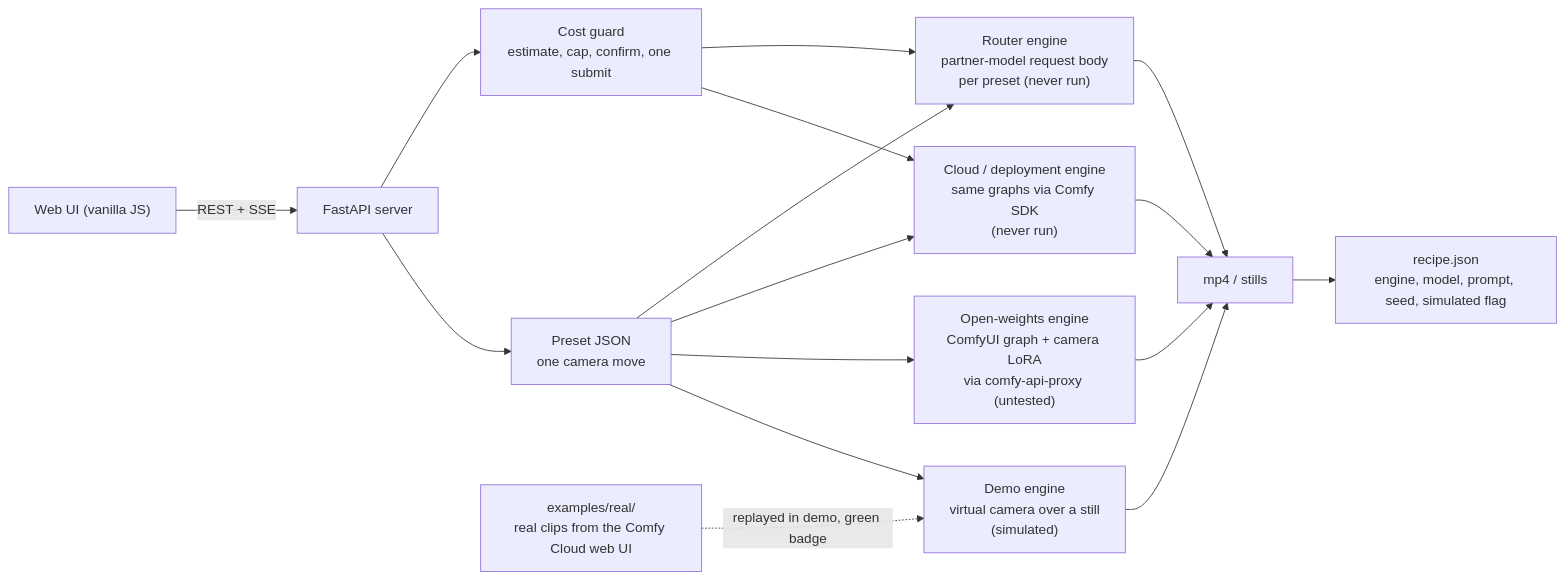
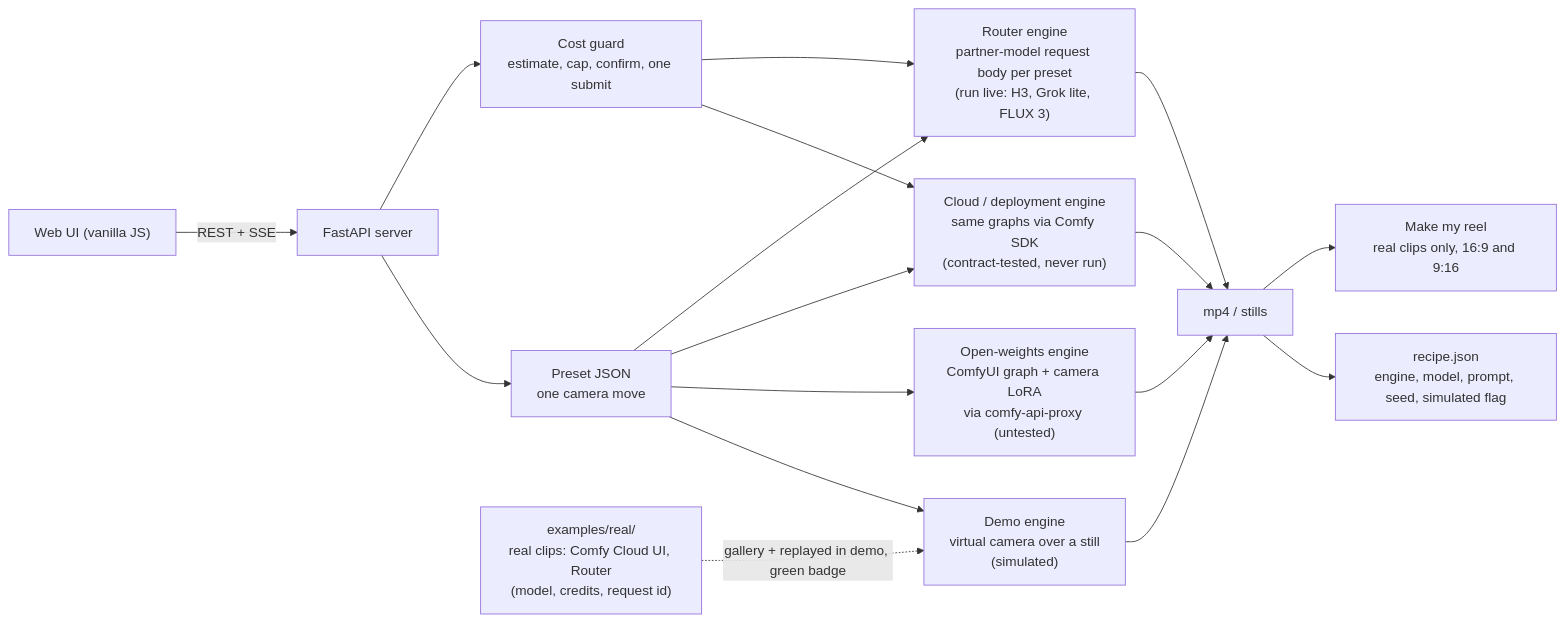
The diagram in README.md (bolttmade/shot-director), drawn with Mermaid before and after one commit. The commit also changed other lines of this file, not shown here.

Commit message:
README: free previs then one real render; real Router runs, honest status, CI badge, stale 'never run' labels fixed

````diff
--- a/README.md
+++ b/README.md
@@ -38,18 +41,19 @@
 ```mermaid
 flowchart LR
   UI["Web UI (vanilla JS)"] -->|"REST + SSE"| API["FastAPI server"]
   API --> P["Preset JSON<br/>one camera move"]
   API --> G["Cost guard<br/>estimate, cap, confirm, one submit"]
   P --> D["Demo engine<br/>virtual camera over a still<br/>(simulated)"]
   P --> O["Open-weights engine<br/>ComfyUI graph + camera LoRA<br/>via comfy-api-proxy (untested)"]
-  P --> C["Cloud / deployment engine<br/>same graphs via Comfy SDK<br/>(never run)"]
-  P --> R["Router engine<br/>partner-model request body<br/>per preset (never run)"]
+  P --> C["Cloud / deployment engine<br/>same graphs via Comfy SDK<br/>(contract-tested, never run)"]
+  P --> R["Router engine<br/>partner-model request body per preset<br/>(run live: H3, Grok lite, FLUX 3)"]
   G --> C
   G --> R
   D --> OUT["mp4 / stills"]
   O --> OUT
   C --> OUT
   R --> OUT
   OUT --> REC["recipe.json<br/>engine, model, prompt, seed, simulated flag"]
-  REAL["examples/real/<br/>real clips from the Comfy Cloud web UI"] -.->|"replayed in demo, green badge"| D
+  REAL["examples/real/<br/>real clips: Comfy Cloud UI, Router<br/>(model, credits, request id)"] -.->|"gallery + replayed in demo, green badge"| D
+  OUT --> REEL["Make my reel<br/>real clips only, 16:9 and 9:16"]
 ```
````
